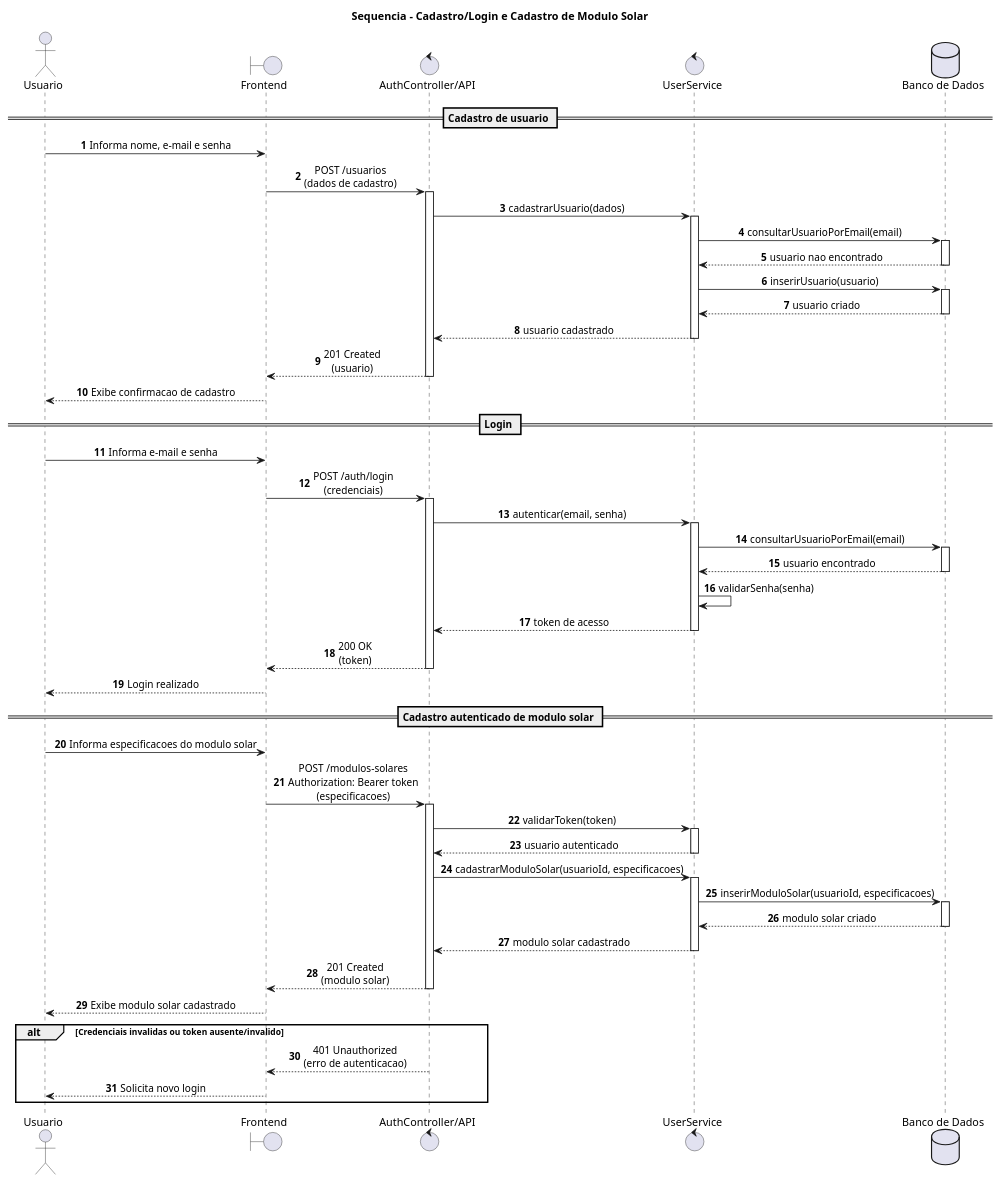
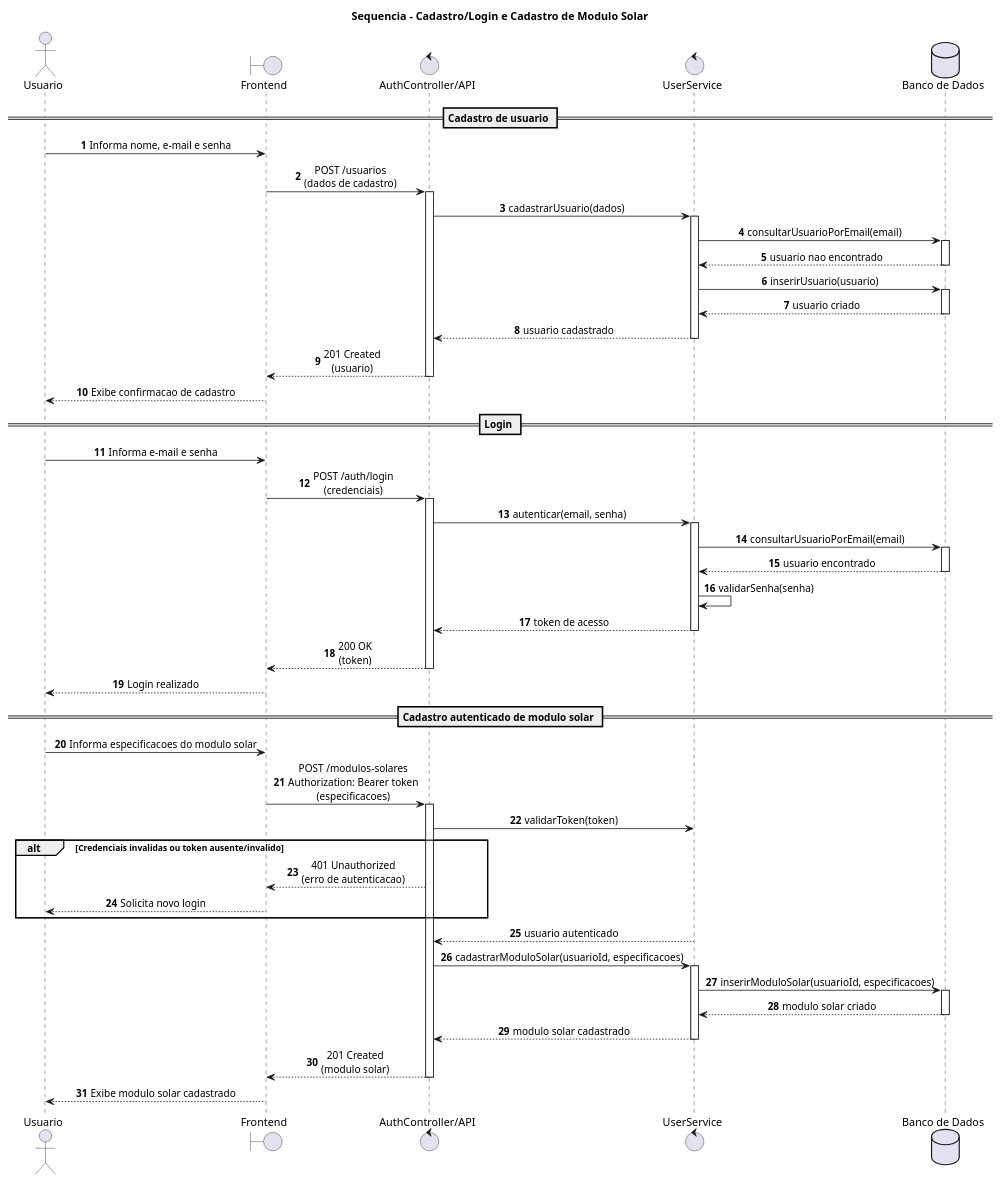
The diagram in docs/modelagem/unidade02/sequencia-auth-modulo.puml (heliometrica-project/heliometrica), drawn with PlantUML before and after one commit. The commit also changed 7 other files, not shown here.

Commit message:
atualizar diagramas

```diff
--- a/docs/modelagem/unidade02/sequencia-auth-modulo.puml
+++ b/docs/modelagem/unidade02/sequencia-auth-modulo.puml
@@ -1,79 +1,80 @@
 @startuml
 title Sequencia - Cadastro/Login e Cadastro de Modulo Solar
 
 autonumber
 skinparam responseMessageBelowArrow true
 skinparam sequenceMessageAlign center
 
 actor "Usuario" as Usuario
 boundary "Frontend" as Frontend
 control "AuthController/API" as API
 control "UserService" as UserService
 database "Banco de Dados" as Banco
 
 == Cadastro de usuario ==
 
 Usuario -> Frontend: Informa nome, e-mail e senha
 Frontend -> API: POST /usuarios\n(dados de cadastro)
 activate API
 API -> UserService: cadastrarUsuario(dados)
 activate UserService
 UserService -> Banco: consultarUsuarioPorEmail(email)
 activate Banco
 Banco --> UserService: usuario nao encontrado
 deactivate Banco
 UserService -> Banco: inserirUsuario(usuario)
 activate Banco
 Banco --> UserService: usuario criado
 deactivate Banco
 UserService --> API: usuario cadastrado
 deactivate UserService
 API --> Frontend: 201 Created\n(usuario)
 deactivate API
 Frontend --> Usuario: Exibe confirmacao de cadastro
 
 == Login ==
 
 Usuario -> Frontend: Informa e-mail e senha
 Frontend -> API: POST /auth/login\n(credenciais)
 activate API
 API -> UserService: autenticar(email, senha)
 activate UserService
 UserService -> Banco: consultarUsuarioPorEmail(email)
 activate Banco
 Banco --> UserService: usuario encontrado
 deactivate Banco
 UserService -> UserService: validarSenha(senha)
 UserService --> API: token de acesso
 deactivate UserService
 API --> Frontend: 200 OK\n(token)
 deactivate API
 Frontend --> Usuario: Login realizado
 
 == Cadastro autenticado de modulo solar ==
 
 Usuario -> Frontend: Informa especificacoes do modulo solar
 Frontend -> API: POST /modulos-solares\nAuthorization: Bearer token\n(especificacoes)
 activate API
 API -> UserService: validarToken(token)
+alt Credenciais invalidas ou token ausente/invalido
+    API --> Frontend: 401 Unauthorized\n(erro de autenticacao)
+    Frontend --> Usuario: Solicita novo login
+end 
 activate UserService
 UserService --> API: usuario autenticado
 deactivate UserService
 API -> UserService: cadastrarModuloSolar(usuarioId, especificacoes)
 activate UserService
 UserService -> Banco: inserirModuloSolar(usuarioId, especificacoes)
 activate Banco
 Banco --> UserService: modulo solar criado
 deactivate Banco
 UserService --> API: modulo solar cadastrado
 deactivate UserService
 API --> Frontend: 201 Created\n(modulo solar)
 deactivate API
 Frontend --> Usuario: Exibe modulo solar cadastrado
 
-alt Credenciais invalidas ou token ausente/invalido
-    API --> Frontend: 401 Unauthorized\n(erro de autenticacao)
-    Frontend --> Usuario: Solicita novo login
-end
+
 
 @enduml
```
